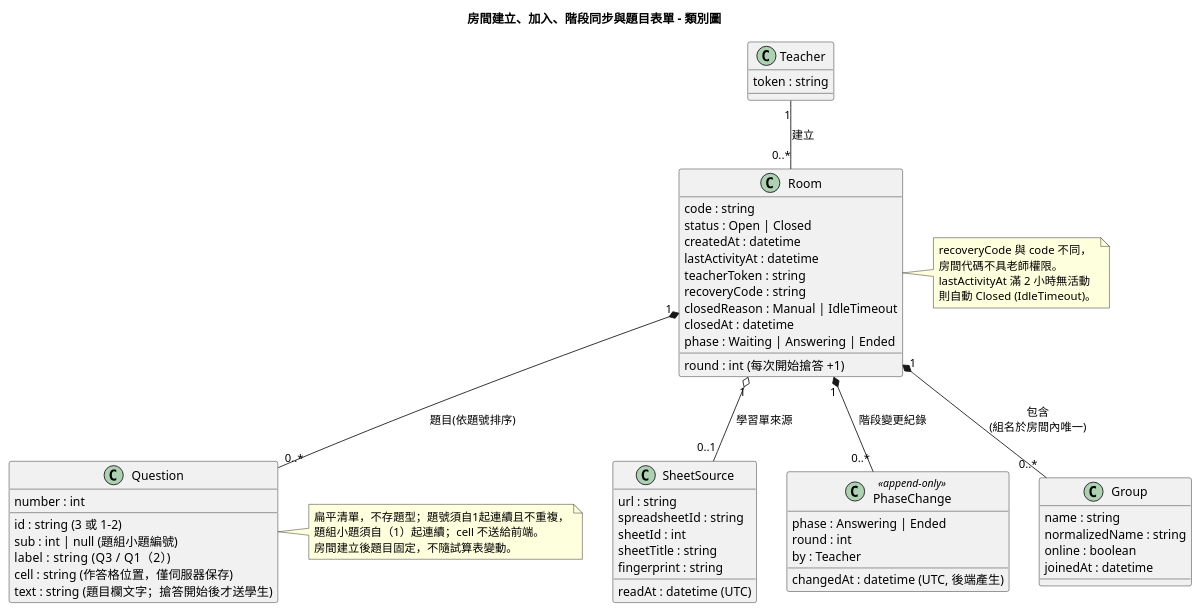
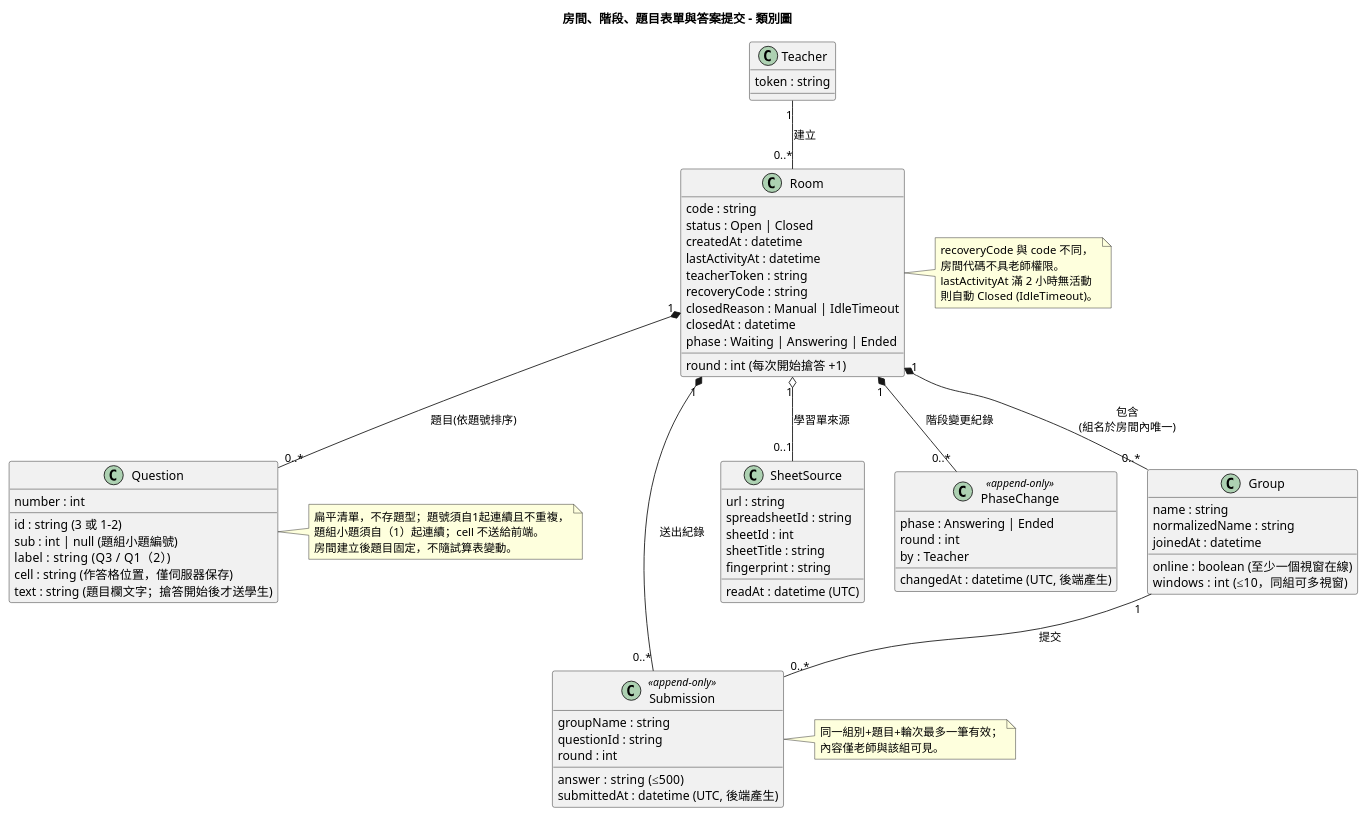
One commit to lin900822/ncu-se-final changed the diagram in diagrams/class.puml. Above: the diagram before and after it, drawn with PlantUML. The commit also changed 31 other files, not shown here.

```diff
--- a/diagrams/class.puml
+++ b/diagrams/class.puml
@@ -1,62 +1,76 @@
 @startuml class
-title 房間建立、加入、階段同步與題目表單 - 類別圖
+title 房間、階段、題目表單與答案提交 - 類別圖
 class Room {
   code : string
   status : Open | Closed
   createdAt : datetime
   lastActivityAt : datetime
   teacherToken : string
   recoveryCode : string
   closedReason : Manual | IdleTimeout
   closedAt : datetime
   phase : Waiting | Answering | Ended
   round : int (每次開始搶答 +1)
 }
 class Question {
   id : string (3 或 1-2)
   number : int
   sub : int | null (題組小題編號)
   label : string (Q3 / Q1（2）)
   cell : string (作答格位置，僅伺服器保存)
   text : string (題目欄文字；搶答開始後才送學生)
 }
 class SheetSource {
   url : string
   spreadsheetId : string
   sheetId : int
   sheetTitle : string
   readAt : datetime (UTC)
   fingerprint : string
 }
 note right of Question
   扁平清單，不存題型；題號須自1起連續且不重複，
   題組小題須自（1）起連續；cell 不送給前端。
   房間建立後題目固定，不隨試算表變動。
 end note
+class Submission <<append-only>> {
+  groupName : string
+  questionId : string
+  round : int
+  answer : string (≤500)
+  submittedAt : datetime (UTC, 後端產生)
+}
+note right of Submission
+  同一組別+題目+輪次最多一筆有效；
+  內容僅老師與該組可見。
+end note
 class PhaseChange <<append-only>> {
   phase : Answering | Ended
   round : int
   by : Teacher
   changedAt : datetime (UTC, 後端產生)
 }
 class Group {
   name : string
   normalizedName : string
-  online : boolean
+  online : boolean (至少一個視窗在線)
+  windows : int (≤10，同組可多視窗)
   joinedAt : datetime
 }
 class Teacher {
   token : string
 }
 note right of Room
   recoveryCode 與 code 不同，
   房間代碼不具老師權限。
   lastActivityAt 滿 2 小時無活動
   則自動 Closed (IdleTimeout)。
 end note
 Teacher "1" -- "0..*" Room : 建立
 Room "1" *-- "0..*" PhaseChange : 階段變更紀錄
+Room "1" *-- "0..*" Submission : 送出紀錄
+Group "1" -- "0..*" Submission : 提交
 Room "1" *-- "0..*" Question : 題目(依題號排序)
 Room "1" o-- "0..1" SheetSource : 學習單來源
 Room "1" *-- "0..*" Group : 包含\n(組名於房間內唯一)
 @enduml
```
